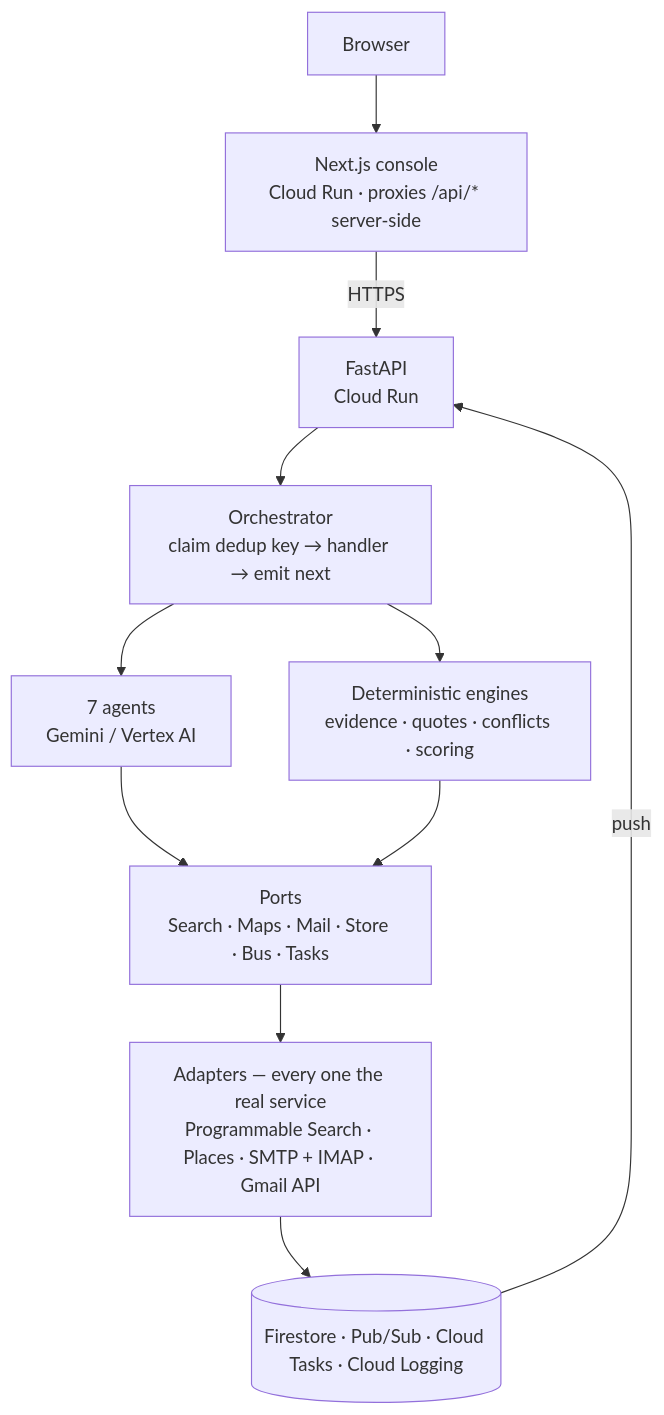
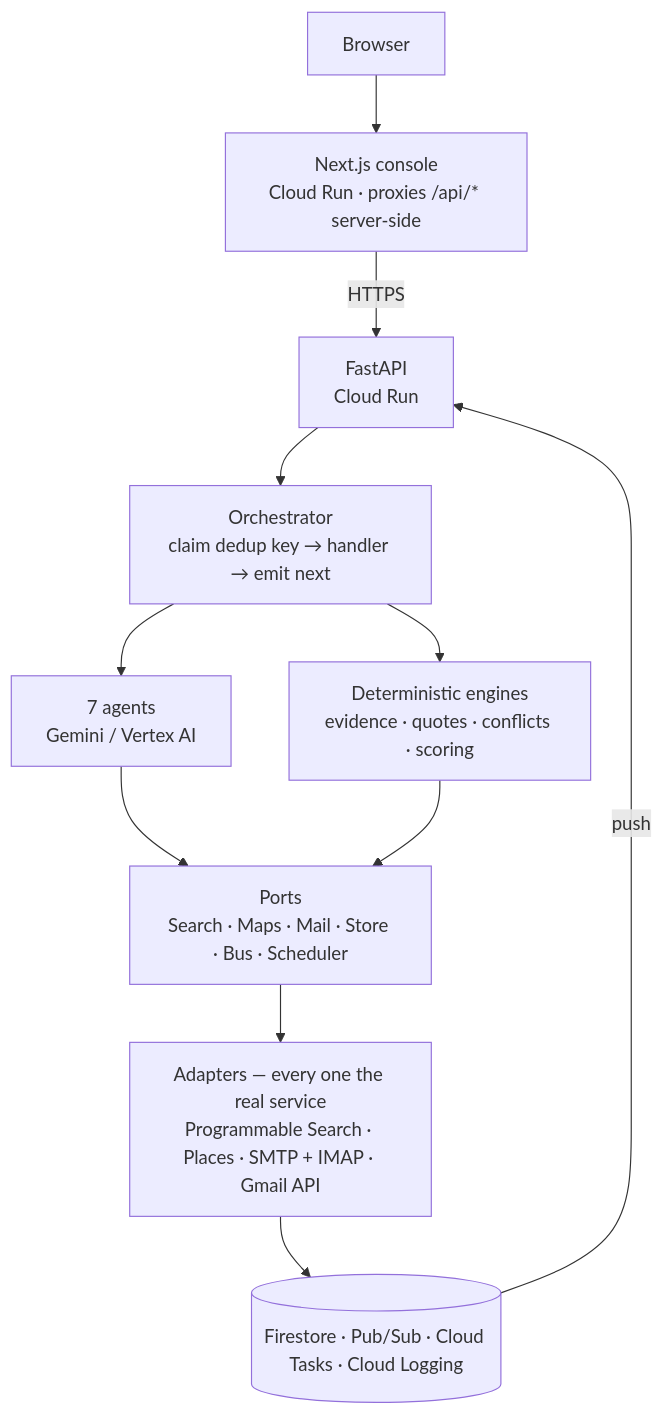
The first of 2 diagrams in README.md (fillateo/SupplyMe), drawn with Mermaid before and after one commit. The commit also changed other lines of this file and 18 other files, not shown here.

````diff
--- a/README.md
+++ b/README.md
@@ -40,13 +40,13 @@
 ```mermaid
 flowchart TD
     B[Browser] --> C["Next.js console<br/>Cloud Run · proxies /api/* server-side"]
     C -->|HTTPS| A["FastAPI<br/>Cloud Run"]
     A --> O["Orchestrator<br/>claim dedup key → handler → emit next"]
     O --> AG["7 agents<br/>Gemini / Vertex AI"]
     O --> DE["Deterministic engines<br/>evidence · quotes · conflicts · scoring"]
-    AG --> P["Ports<br/>Search · Maps · Mail · Store · Bus · Tasks"]
+    AG --> P["Ports<br/>Search · Maps · Mail · Store · Bus · Scheduler"]
     DE --> P
     P --> X["Adapters — every one the real service<br/>Programmable Search · Places · SMTP + IMAP · Gmail API"]
     X --> S[("Firestore · Pub/Sub · Cloud Tasks · Cloud Logging")]
     S -->|push| A
 ```
````
